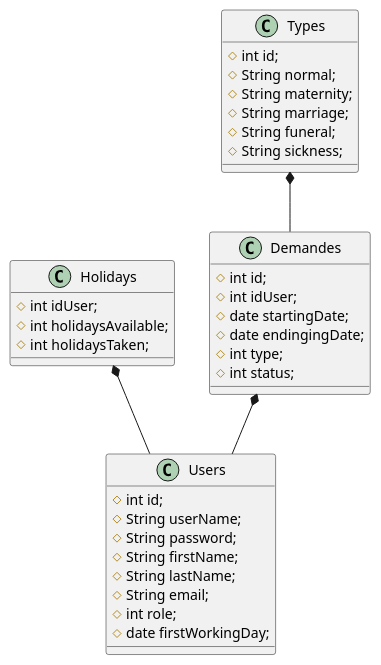
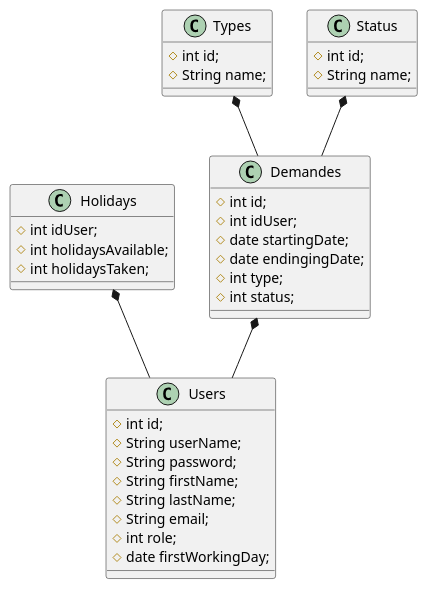
The diagram in back/tables.plantuml (yq86/GestionCong-sPay-s), drawn with PlantUML before and after one commit. The commit also changed 14 other files, not shown here.

```diff
--- a/back/tables.plantuml
+++ b/back/tables.plantuml
@@ -1,42 +1,43 @@
 @startuml tables
 Holidays *-- Users
 Demandes *-- Users
 Types *-- Demandes
-
+Status *-- Demandes
 
 
 class Users {
 #int id;
 #String userName;
 #String password;
 #String firstName;
 #String lastName;
 #String email;
 #int role;
 #date firstWorkingDay;
 }
 
 class Holidays {
 #int idUser;
 #int holidaysAvailable;
 #int holidaysTaken;
 }
 
 class Demandes {
 #int id;
 #int idUser;
 #date startingDate;
 #date endingingDate;
 #int type;
 #int status;
 }
 
 class Types {
 #int id;
-#String normal;
-#String maternity;
-#String marriage;
-#String funeral;
-#String sickness;
+#String name;
+}
+
+class Status {
+#int id;
+#String name;
 }
 @enduml
```
